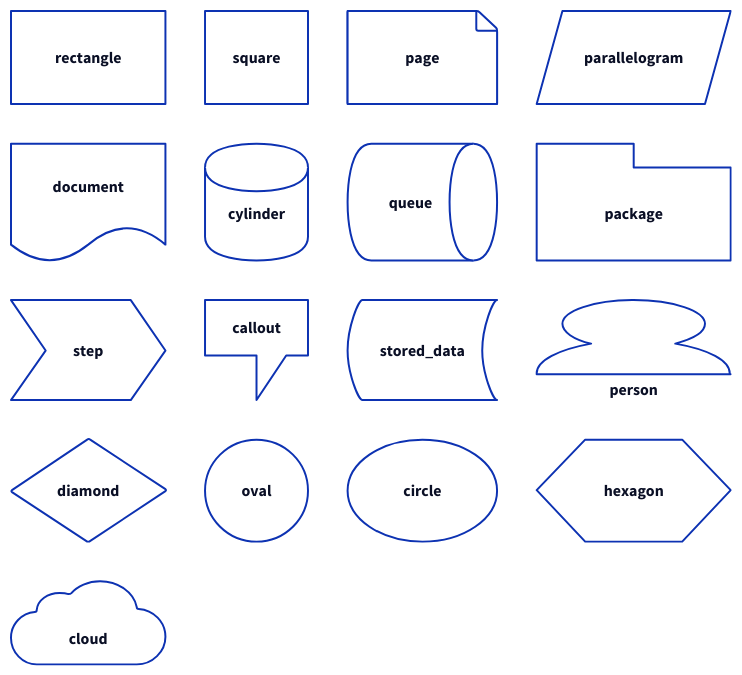
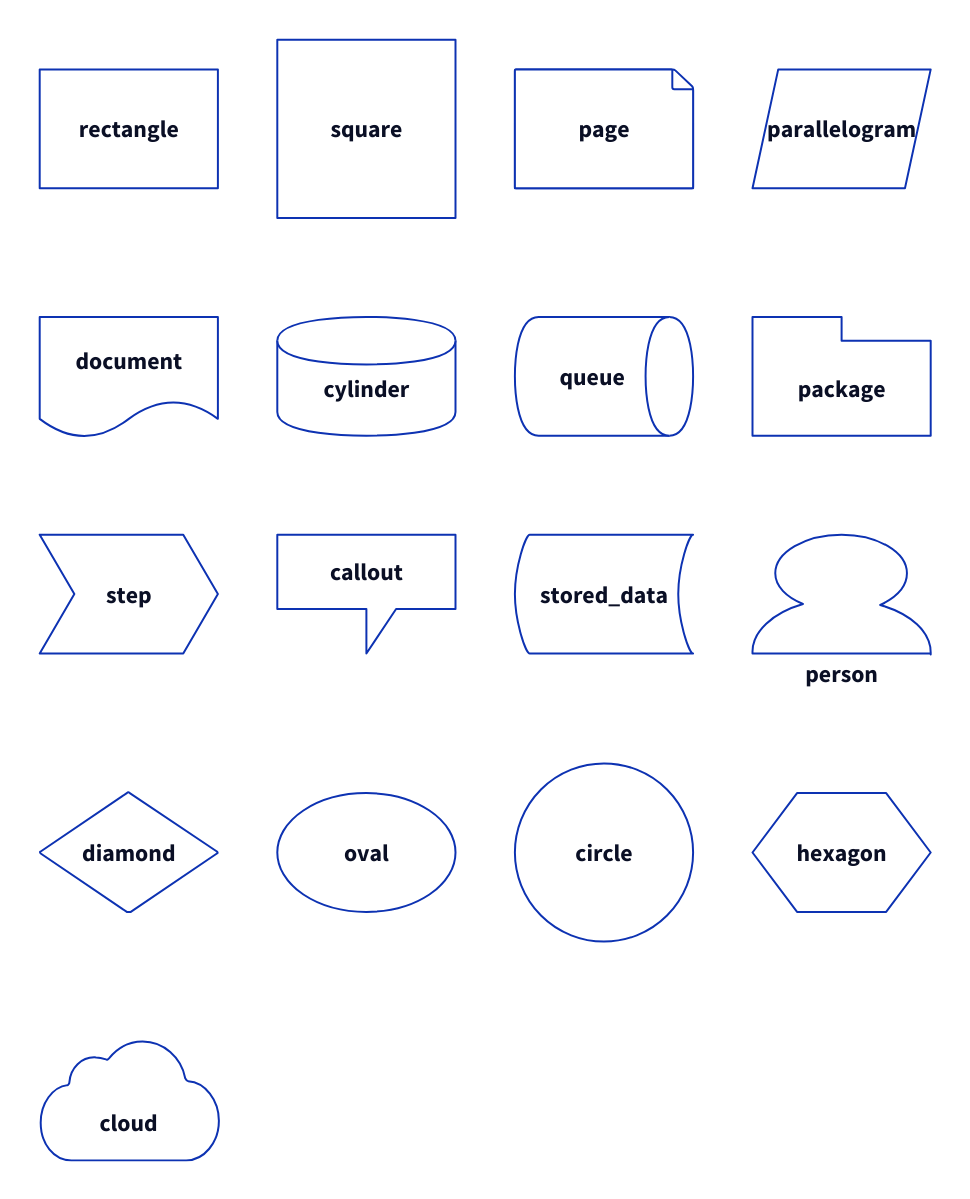
The diagram in static/d2/shapes-3.d2 (terrastruct/d2-docs), drawn with D2 before and after one commit. The commit also changed 3 other files, not shown here.

```diff
--- a/static/d2/shapes-3.d2
+++ b/static/d2/shapes-3.d2
@@ -1,41 +1,79 @@
 # Shape catalog of standard shapes
+
+classes: {
+  hidden: {
+    label: ""
+    style.fill: transparent
+    style.stroke-width: 0
+  }
+  example: {
+    style.fill: white
+    width: 180
+    height: 120
+    style.font-size: 24
+  }
+}
 
 style.fill: transparent
 
-grid-rows: 4
-grid-columns: 4
-rectangle.shape: rectangle
-square.shape: square
-page.shape: page
-parallelogram.shape: parallelogram
-document.shape: document
-cylinder.shape: cylinder
-queue.shape: queue
-package.shape: package
-step.shape: step
-callout.shape: callout
-stored_data.shape: stored_data
-person.shape: person
-diamond.shape: diamond
-oval.shape: oval
-circle.shape: circle
-hexagon.shape: hexagon
-cloud.shape: cloud
+grid-rows: 5
 
-# Color fixups to ensure all shapes have white fill
-# TODO change this to use globs when implemented
-parallelogram.style.fill: white
-queue.style.fill: white
-person.style.fill: white
-diamond.style.fill: white
-hexagon.style.fill: white
-page.style.fill: white
-document.style.fill: white
-cylinder.style.fill: white
-package.style.fill: white
-step.style.fill: white
-stored_data.style.fill: white
-square.style.fill: white
-oval.style.fill: white
-circle.style.fill: white
-rectangle.style.fill: white
+one: {
+  class: hidden
+  rectangle.shape: rectangle
+  square.shape: square
+  page.shape: page
+  parallelogram.shape: parallelogram
+
+  # Color fixups to ensure all shapes have white fill
+  # TODO change this to use globs when implemented
+  rectangle.class: example
+  square.class: example
+  page.class: example
+  parallelogram.class: example
+}
+
+two: {
+  class: hidden
+  document.shape: document
+  cylinder.shape: cylinder
+  queue.shape: queue
+  package.shape: package
+
+  document.class: example
+  cylinder.class: example
+  queue.class: example
+  package.class: example
+}
+
+three: {
+  class: hidden
+  step.shape: step
+  callout.shape: callout
+  stored_data.shape: stored_data
+  person.shape: person
+
+  step.class: example
+  callout.class: example
+  stored_data.class: example
+  person.class: example
+}
+
+four: {
+  class: hidden
+  diamond.shape: diamond
+  oval.shape: oval
+  circle.shape: circle
+  hexagon.shape: hexagon
+
+  diamond.class: example
+  oval.class: example
+  circle.class: example
+  hexagon.class: example
+}
+
+five: {
+  class: hidden
+  cloud.shape: cloud
+  cloud.class: example
+}
```
